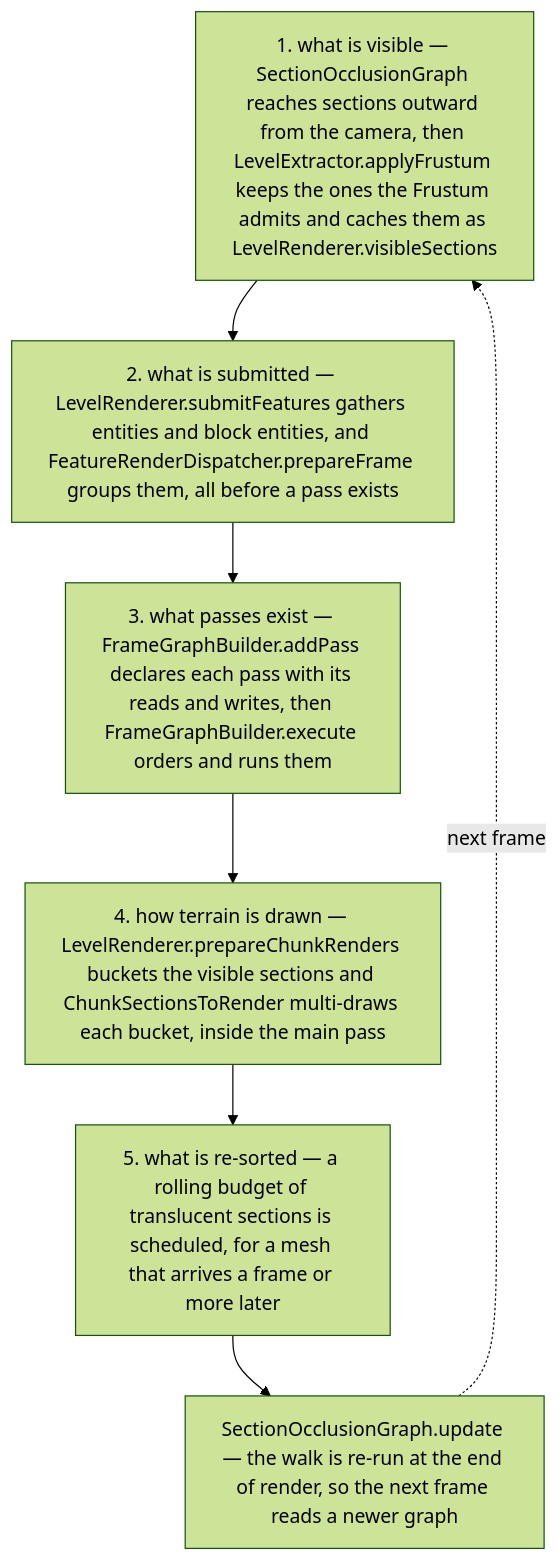
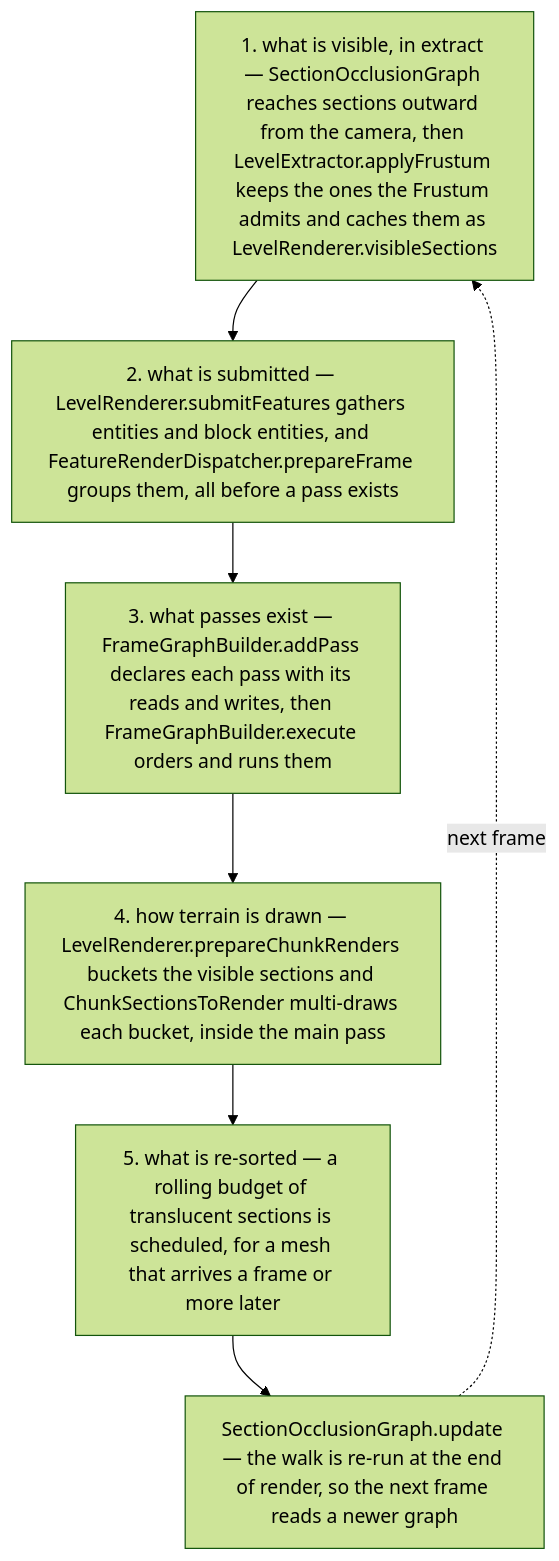
Before and after one commit to AlexanderjFraser/MinecraftDocs: the first of 2 diagrams in src/systems/rendering/visibility-and-the-frame-graph.md, drawn with Mermaid (forest theme). The commit also changed other lines of this file and 1 other file, not shown here.

````diff
--- a/src/systems/rendering/visibility-and-the-frame-graph.md
+++ b/src/systems/rendering/visibility-and-the-frame-graph.md
@@ -44,11 +49,11 @@
 ```mermaid
 flowchart TD
-    S1["1. what is visible — SectionOcclusionGraph reaches sections outward from the camera, then LevelExtractor.applyFrustum keeps the ones the Frustum admits and caches them as LevelRenderer.visibleSections"]
+    S1["1. what is visible, in extract — SectionOcclusionGraph reaches sections outward from the camera, then LevelExtractor.applyFrustum keeps the ones the Frustum admits and caches them as LevelRenderer.visibleSections"]
     S2["2. what is submitted — LevelRenderer.submitFeatures gathers entities and block entities, and FeatureRenderDispatcher.prepareFrame groups them, all before a pass exists"]
     S3["3. what passes exist — FrameGraphBuilder.addPass declares each pass with its reads and writes, then FrameGraphBuilder.execute orders and runs them"]
     S4["4. how terrain is drawn — LevelRenderer.prepareChunkRenders buckets the visible sections and ChunkSectionsToRender multi-draws each bucket, inside the main pass"]
     S5["5. what is re-sorted — a rolling budget of translucent sections is scheduled, for a mesh that arrives a frame or more later"]
     S6["SectionOcclusionGraph.update — the walk is re-run at the end of render, so the next frame reads a newer graph"]
     S1 --> S2 --> S3 --> S4 --> S5 --> S6
     S6 -. "next frame" .-> S1
 ```
````
